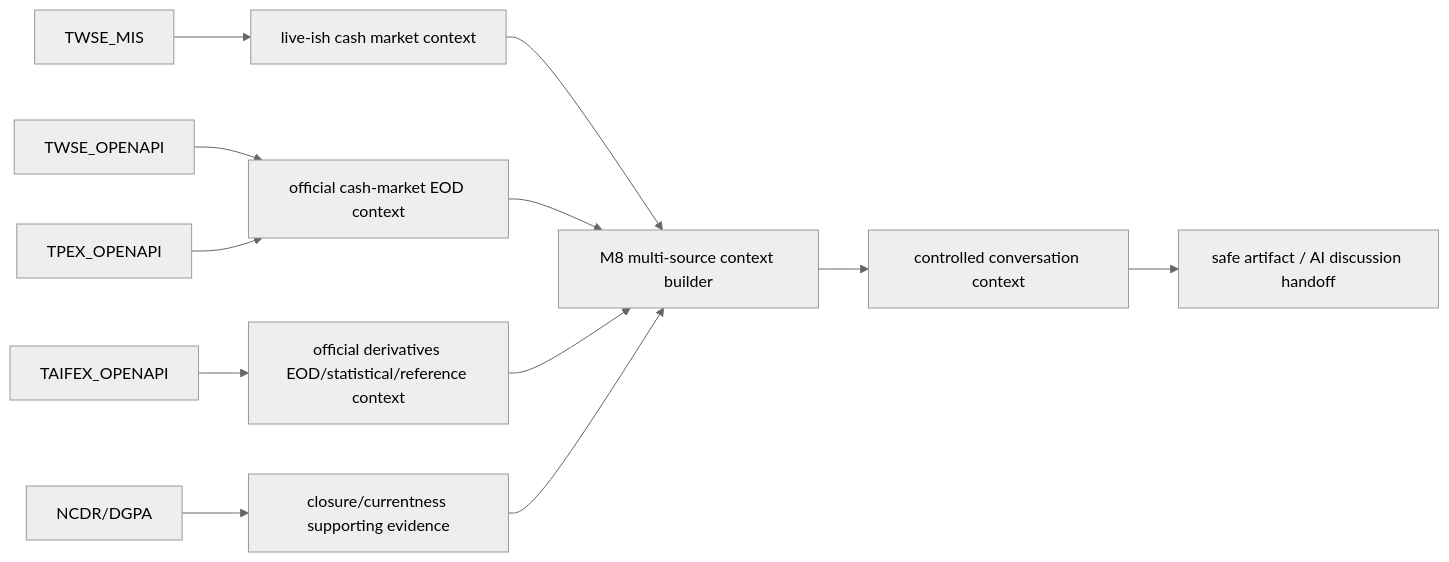
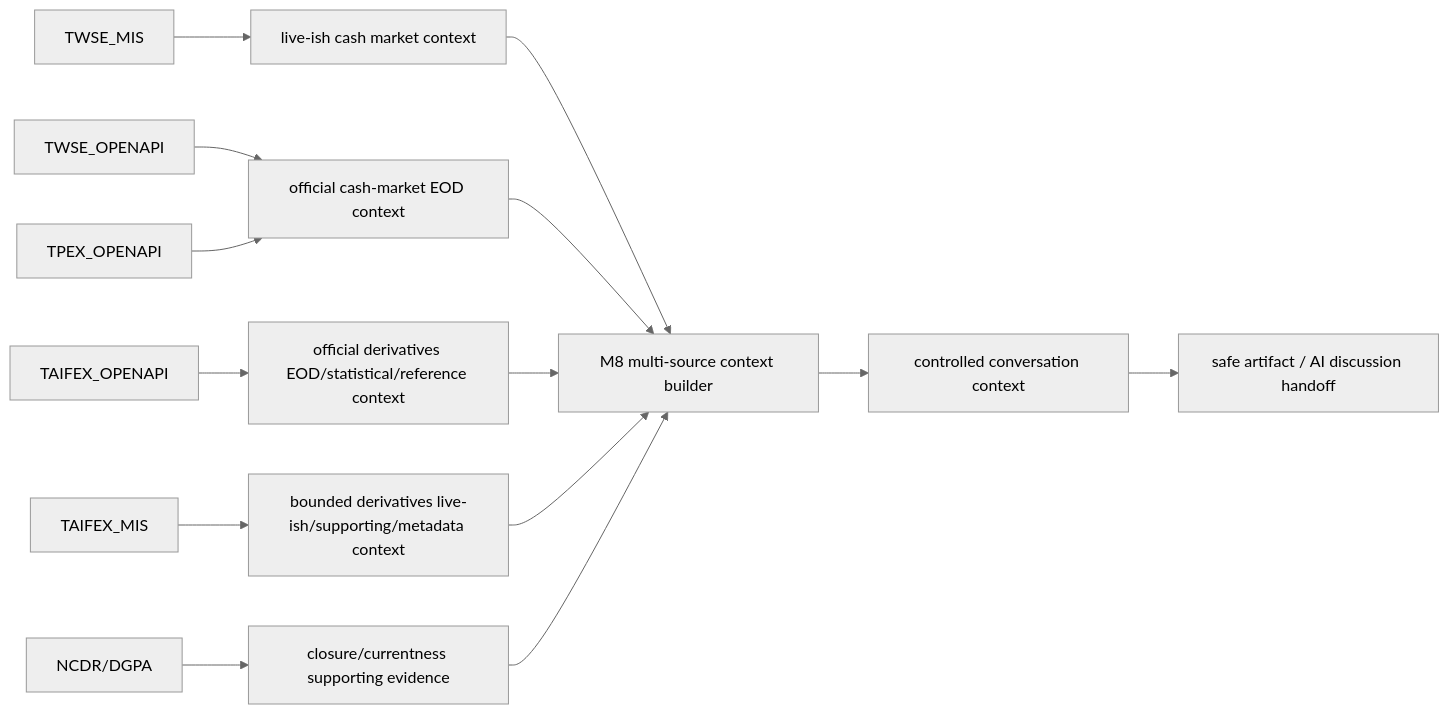
One commit to SmartyJohnway/tw-market-live-data-intelligence changed the first of 2 diagrams in README.md. Above: the diagram before and after it, drawn with Mermaid (neutral theme). The commit also changed other lines of this file and 10 other files, not shown here.

Commit message:
Close M8C-02 TAIFEX MIS validation acceptance

````diff
--- a/README.md
+++ b/README.md
@@ -69,14 +69,16 @@
 ```mermaid
 flowchart LR
   TWSE_MIS[TWSE_MIS] --> LIVE[live-ish cash market context]
   TWSE_OPENAPI[TWSE_OPENAPI] --> CASH[official cash-market EOD context]
   TPEX_OPENAPI[TPEX_OPENAPI] --> CASH
   TAIFEX_OPENAPI[TAIFEX_OPENAPI] --> DERIV[official derivatives EOD/statistical/reference context]
+  TAIFEX_MIS[TAIFEX_MIS] --> LIVE_DERIV[bounded derivatives live-ish/supporting/metadata context]
   NCDR[NCDR/DGPA] --> CLOSURE[closure/currentness supporting evidence]
   LIVE --> BUILDER[M8 multi-source context builder]
   CASH --> BUILDER
   DERIV --> BUILDER
+  LIVE_DERIV --> BUILDER
   CLOSURE --> BUILDER
   BUILDER --> CONVO[controlled conversation context]
   CONVO --> HANDOFF[safe artifact / AI discussion handoff]
 ```
````
